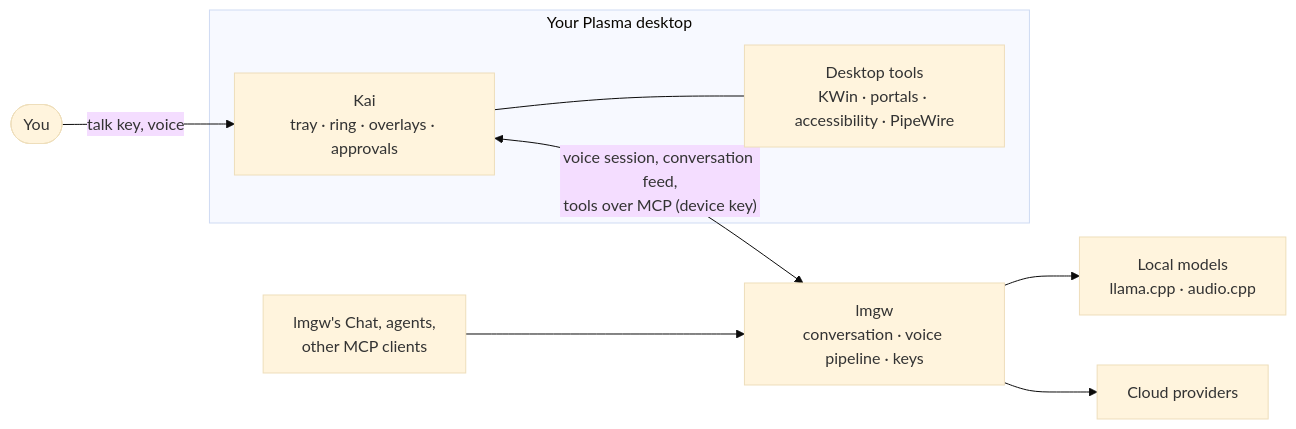
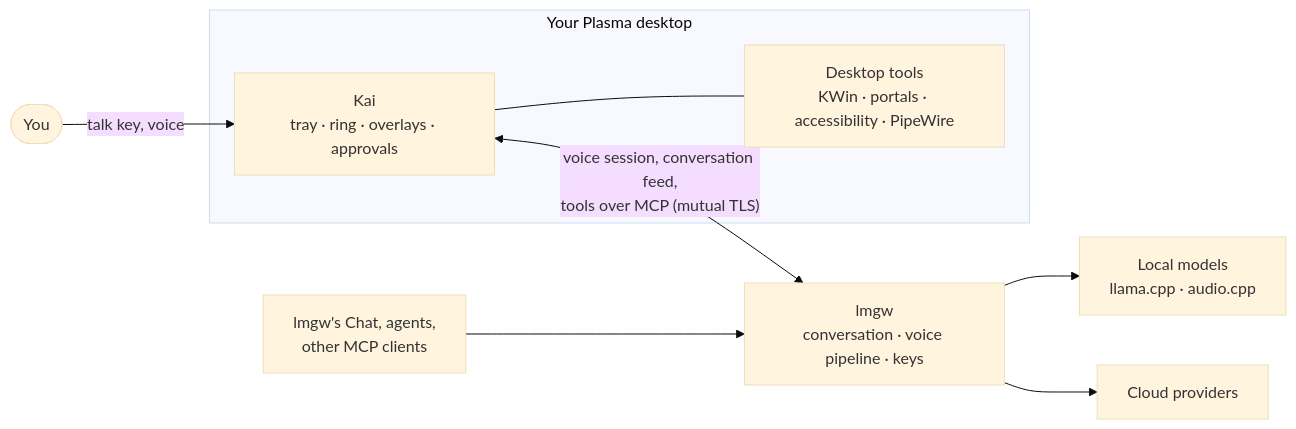
The diagram in README.md (lmgw-dev/kai), drawn with Mermaid (base theme) before and after one commit. The commit also changed other lines of this file and 118 other files, not shown here.

First line of the commit message:
Kai 0.2.0: on lmgw's device link, needs lmgw 0.5.0

````diff
--- a/README.md
+++ b/README.md
@@ -217,14 +228,14 @@
 ```mermaid
 flowchart LR
     you(["You"]) -->|talk key, voice| kai
     subgraph desktop["Your Plasma desktop"]
         kai["Kai<br/>tray · ring · overlays · approvals"]
         tools["Desktop tools<br/>KWin · portals · accessibility · PipeWire"]
         kai --- tools
     end
-    kai <-->|"voice session, conversation feed,<br/>tools over MCP (device key)"| lmgw
+    kai <-->|"voice session, conversation feed,<br/>tools over MCP (mutual TLS)"| lmgw
     lmgw["lmgw<br/>conversation · voice pipeline · keys"]
     lmgw --> local["Local models<br/>llama.cpp · audio.cpp"]
     lmgw --> cloud["Cloud providers"]
     other["lmgw's Chat, agents,<br/>other MCP clients"] --> lmgw
 ```
````
